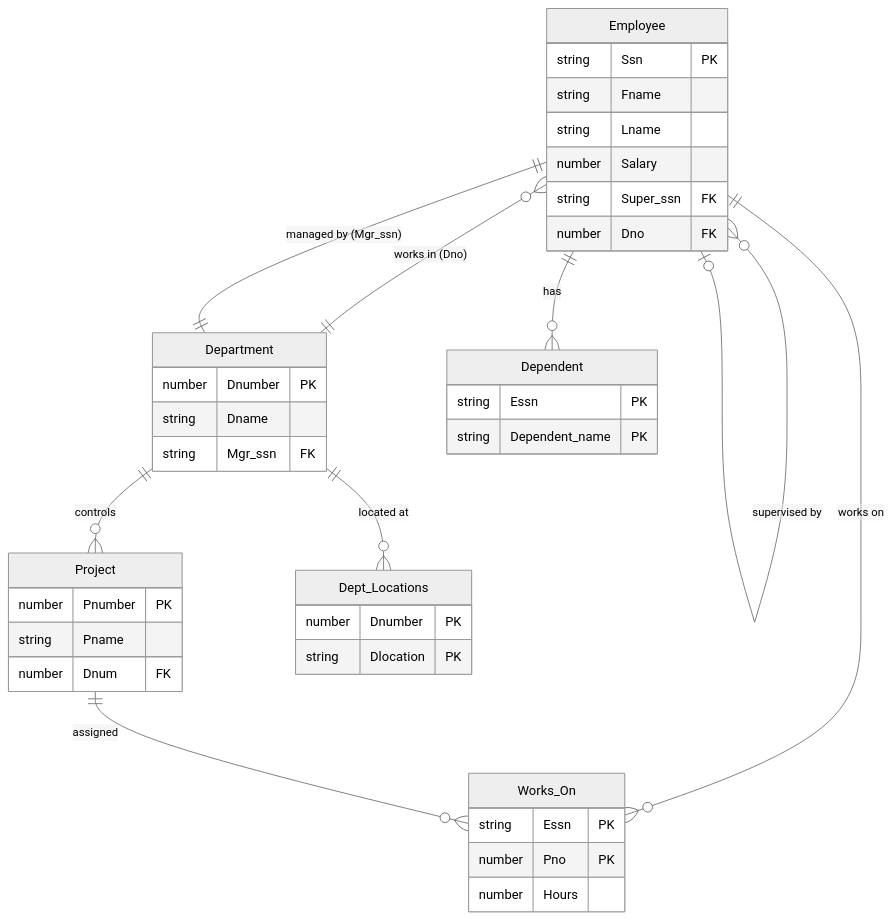
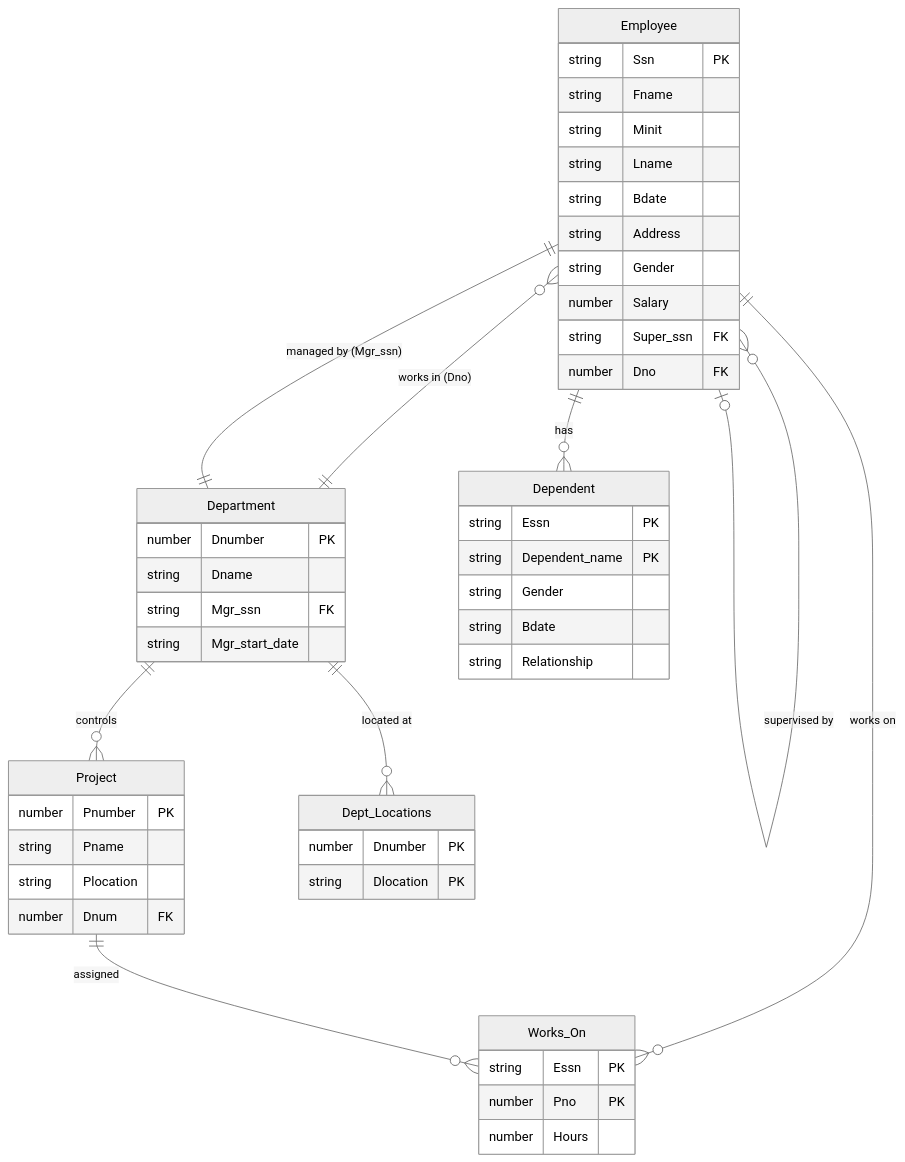
One commit to HusseinYounis/database changed the first of 2 diagrams in part-03-relational-model/ch06-relational-algebra.qmd. Above: the diagram before and after it, drawn with Mermaid (neutral theme). The commit also changed other lines of this file and 4 other files, not shown here.

Commit message:
ch06: interactive RELAX exercises with solution widgets; appendixD: 5-schema dropdown + ER diagrams; add relax-embed bundle

````diff
--- a/part-03-relational-model/ch06-relational-algebra.qmd
+++ b/part-03-relational-model/ch06-relational-algebra.qmd
@@ -151,45 +475,54 @@
 ```{mermaid}
 %%| eval: true
 %%| echo: false
 erDiagram
     Employee {
         string Ssn PK
         string Fname
+        string Minit
         string Lname
+        string Bdate
+        string Address
+        string Gender
         number Salary
         string Super_ssn FK
         number Dno FK
     }
     Department {
         number Dnumber PK
         string Dname
         string Mgr_ssn FK
+        string Mgr_start_date
     }
     Project {
         number Pnumber PK
         string Pname
+        string Plocation
         number Dnum FK
     }
     Works_On {
         string Essn PK
         number Pno PK
         number Hours
     }
     Dependent {
         string Essn PK
         string Dependent_name PK
+        string Gender
+        string Bdate
+        string Relationship
     }
     Dept_Locations {
         number Dnumber PK
         string Dlocation PK
     }
 
     Employee }o--|| Department : "works in (Dno)"
     Department ||--|| Employee : "managed by (Mgr_ssn)"
     Employee ||--o{ Works_On : "works on"
     Project ||--o{ Works_On : "assigned"
     Department ||--o{ Project : "controls"
     Employee ||--o{ Dependent : "has"
     Department ||--o{ Dept_Locations : "located at"
     Employee }o--o| Employee : "supervised by"
 ```
````
